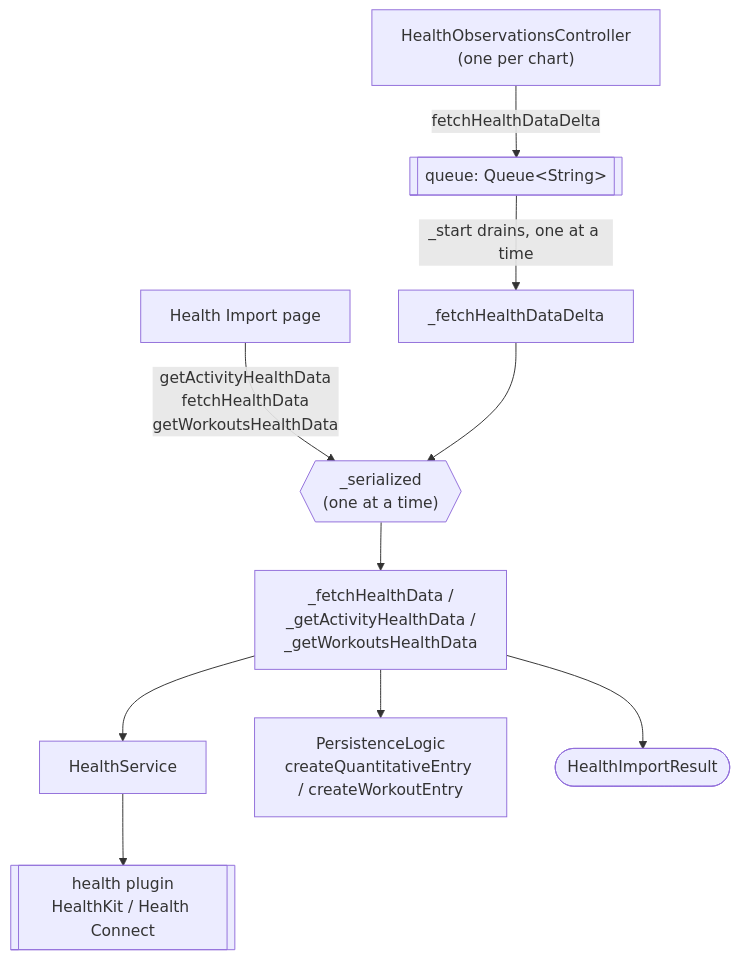
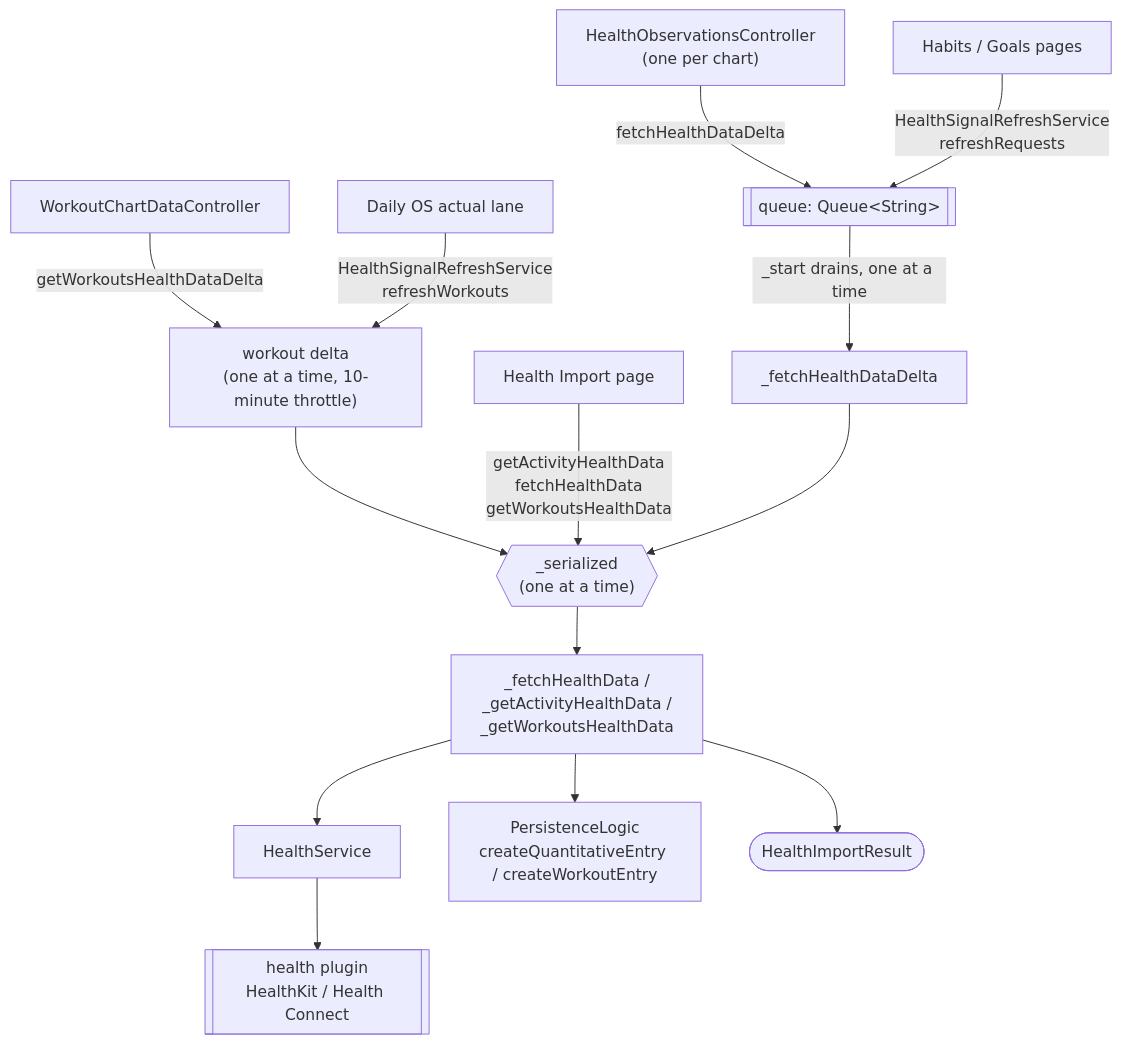
The first of 4 diagrams in knowledge/features/health_import.md (matthiasn/lotti), drawn with Mermaid before and after one commit. The commit also changed other lines of this file and 20 other files, not shown here.

Commit message:
fix(health): store workouts under the spelling the charts use, and show them on the Daily OS lane

````diff
--- a/knowledge/features/health_import.md
+++ b/knowledge/features/health_import.md
@@ -77,12 +90,16 @@
 ```mermaid
 flowchart TD
   Chart["HealthObservationsController<br/>(one per chart)"] -->|fetchHealthDataDelta| Queue[["queue: Queue&lt;String&gt;"]]
+  Signals["Habits / Goals pages"] -->|HealthSignalRefreshService<br/>refreshRequests| Queue
+  WChart["WorkoutChartDataController"] -->|getWorkoutsHealthDataDelta| WDelta["workout delta<br/>(one at a time, 10-minute throttle)"]
+  Lane["Daily OS actual lane"] -->|HealthSignalRefreshService<br/>refreshWorkouts| WDelta
+  WDelta --> Gate
   Page["Health Import page"] -->|getActivityHealthData<br/>fetchHealthData<br/>getWorkoutsHealthData| Gate
   Queue -->|_start drains, one at a time| Delta["_fetchHealthDataDelta"]
   Delta --> Gate{{"_serialized<br/>(one at a time)"}}
   Gate --> Fetch["_fetchHealthData /<br/>_getActivityHealthData /<br/>_getWorkoutsHealthData"]
   Fetch --> Svc["HealthService"]
   Svc --> Plugin[["health plugin<br/>HealthKit / Health Connect"]]
   Fetch --> Persist["PersistenceLogic<br/>createQuantitativeEntry / createWorkoutEntry"]
   Fetch --> Result(["HealthImportResult"])
 ```
````
